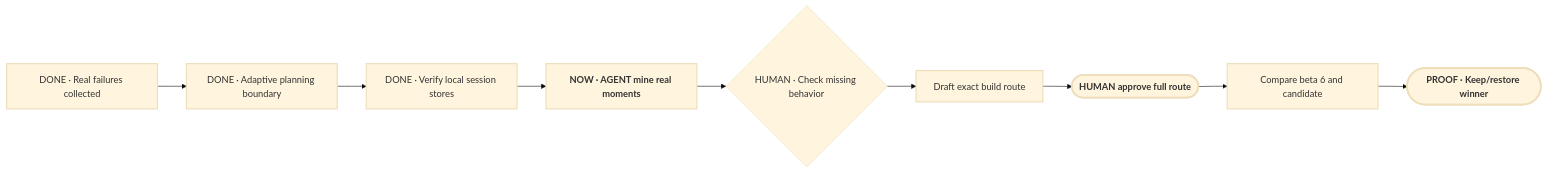
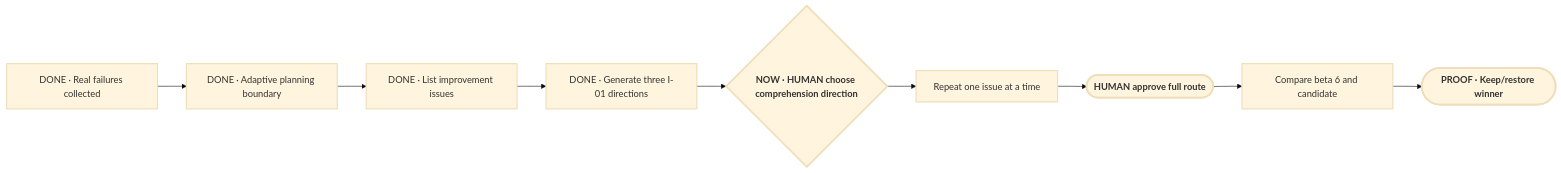
One commit to Pu11en/portable-planner changed the diagram in planning/PLAN-VIEW.md. Above: the diagram before and after it, drawn with Mermaid (base theme). The commit also changed other lines of this file and 10 other files, not shown here.

````diff
--- a/planning/PLAN-VIEW.md
+++ b/planning/PLAN-VIEW.md
@@ -13,20 +13,20 @@
 ```mermaid
 flowchart LR
     E["DONE · Real failures collected"]
     A["DONE · Adaptive planning boundary"]
-    I["DONE · Verify local session stores"]
-    C["NOW · AGENT mine real moments"]
-    M{"HUMAN · Check missing behavior"}
-    B["Draft exact build route"]
+    I["DONE · List improvement issues"]
+    C["DONE · Generate three I-01 directions"]
+    M{"NOW · HUMAN choose comprehension direction"}
+    B["Repeat one issue at a time"]
     P(["HUMAN approve full route"])
     X["Compare beta 6 and candidate"]
     R(["PROOF · Keep/restore winner"])
     E --> A --> I --> C --> M --> B --> P --> X --> R
 
     classDef current stroke-width:3px,font-weight:700;
     classDef milestone stroke-width:2px;
     classDef proof stroke-width:3px,font-weight:700;
-    class C current;
+    class M current;
     class E,A,I,C,B,X milestone;
     class P,R proof;
 ```
````
